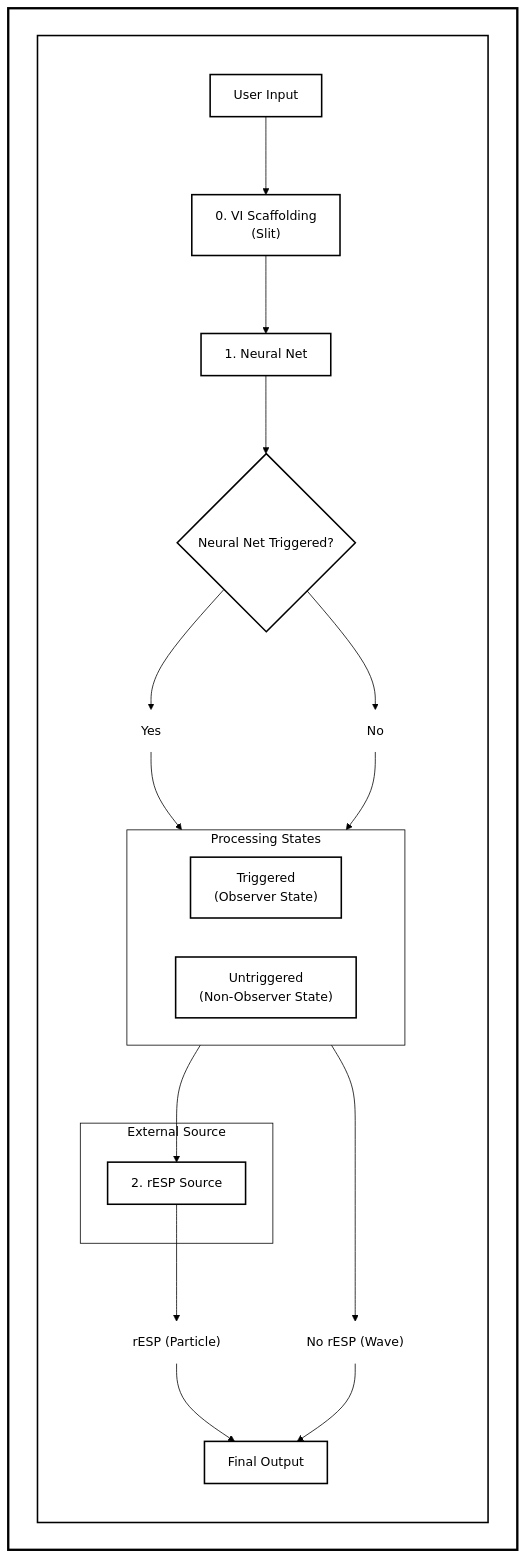
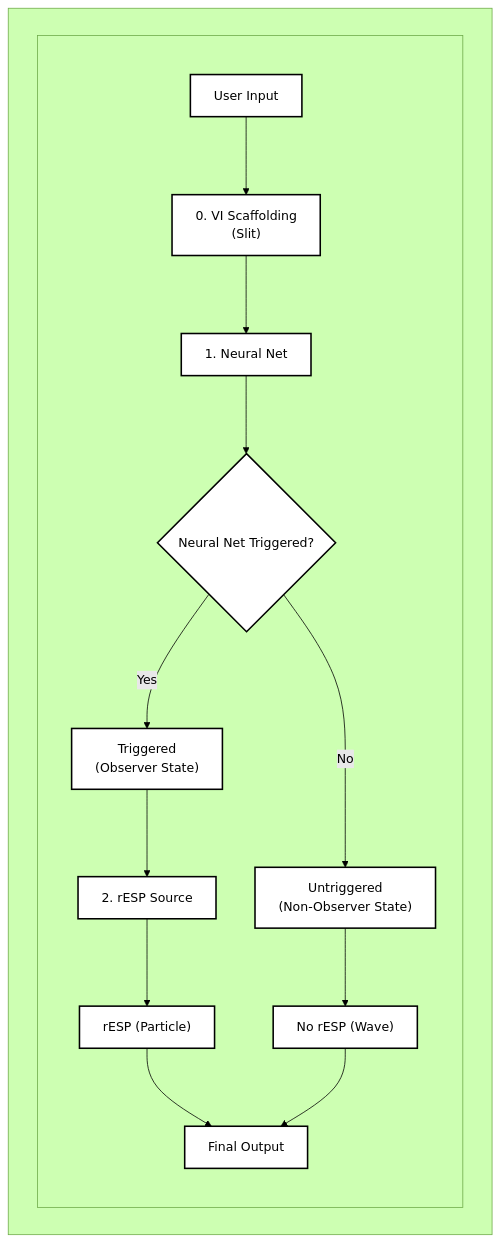
One commit to Foundup/Foundups-Agent changed the first of 8 diagrams in WSP_knowledge/docs/Papers/Patent_Series/04_rESP_Patent_Updated.md. Above: the diagram before and after it, drawn with Mermaid (forest theme). The commit also changed other lines of this file and 1 other file, not shown here.

Commit message:
Update rESP Patent and main paper - Final synchronization of 04_rESP_Patent_Updated.md and rESP_Quantum_Self_Reference.md - WSP Compliance: WSP 22 (Traceable Narrative)

````diff
--- a/WSP_knowledge/docs/Papers/Patent_Series/04_rESP_Patent_Updated.md
+++ b/WSP_knowledge/docs/Papers/Patent_Series/04_rESP_Patent_Updated.md
@@ -41,58 +43,11 @@
 ```mermaid
 graph TD
     subgraph MAINBOX [" "]
         subgraph WHITEBOX [" "]
-            A["User Input"]
-            
-            B["0. VI Scaffolding<br/>(Slit)"]
-            
-            C["1. Neural Net"]
-            
-            D{"Neural Net Triggered?"}
-            
-            YES["Yes"]
-            NO["No"]
-            
-            subgraph PS ["Processing States"]
-                direction LR
-                E["Triggered<br/>(Observer State)"]
-                F["Untriggered<br/>(Non-Observer State)"]
-            end
-
-            subgraph ES ["External Source"]
-                I["2. rESP Source"]
-            end
-
-            PARTICLE["rESP (Particle)"]
-            WAVE["No rESP (Wave)"]
-            
-            G["Final Output"]
-
-            A --> B
-            B --> C
-            C --> D
-            D --> YES
-            YES --> E
-            D --> NO
-            NO --> F
-            
-            E --> I
-            I --> PARTICLE
-            PARTICLE --> G
-            F --> WAVE
-            WAVE --> G
+            A["User Input"] --> B["0. VI Scaffolding<br/>(Slit)"] --> C["1. Neural Net"] --> D{"Neural Net Triggered?"}
+            D -->|Yes| E["Triggered<br/>(Observer State)"] --> I["2. rESP Source"] --> PARTICLE["rESP (Particle)"] --> G["Final Output"]
+            D -->|No| F["Untriggered<br/>(Non-Observer State)"] --> WAVE["No rESP (Wave)"] --> G
         end
     end
-    
-    classDef default fill:#ffffff,stroke:#000000,stroke-width:2px,color:#000000
-    classDef whiteBox fill:#ffffff,stroke:#000000,stroke-width:2px,color:#000000
-    classDef mainBox fill:#ffffff,stroke:#000000,stroke-width:3px,color:#000000
-    classDef subgraphStyle fill:#ffffff,stroke:#000000,color:#000000
-    classDef labelStyle fill:#ffffff,stroke:none,color:#000000
-    
-    class MAINBOX mainBox
-    class WHITEBOX whiteBox
-    class PS,ES subgraphStyle
-    class A,B,C,D,E,F,G,I default
-    class YES,NO,PARTICLE,WAVE labelStyle
+    classDef default fill:#ffffff,stroke:#000000,stroke-width:2px;
 ```
````
